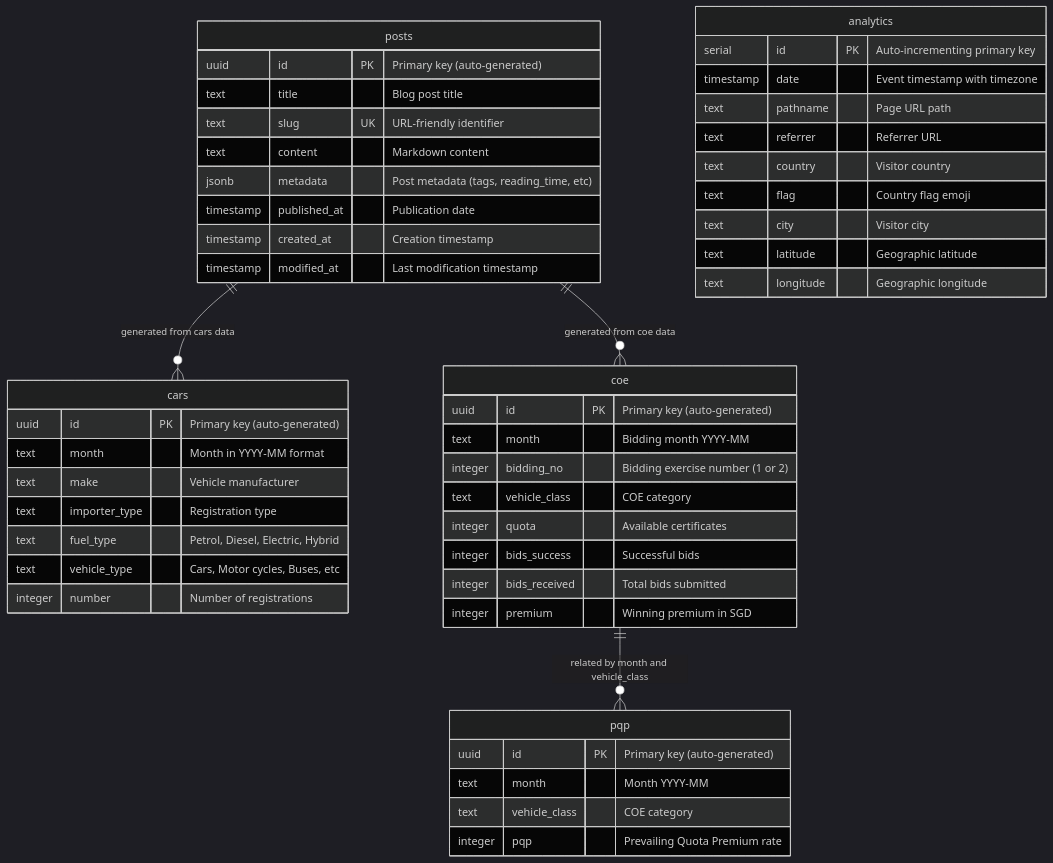
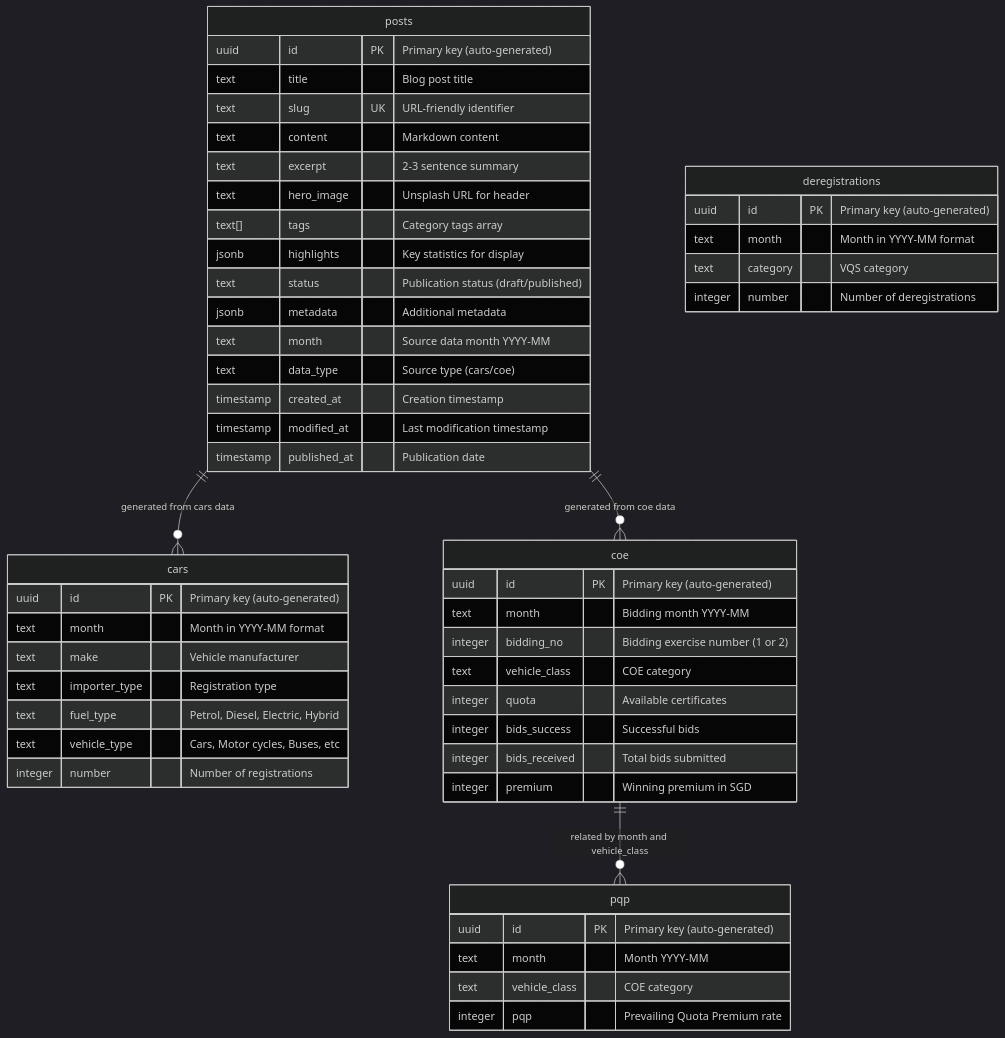
The diagram in docs/architecture/database.md (sgcarstrends/sgcarstrends), drawn with Mermaid (dark theme) before and after one commit. The commit also changed other lines of this file and 7 other files, not shown here.

Commit message:
docs: update architecture diagrams

````diff
--- a/docs/architecture/database.md
+++ b/docs/architecture/database.md
@@ -7,58 +7,60 @@
 ```mermaid
 erDiagram
     cars {
         uuid id PK "Primary key (auto-generated)"
         text month "Month in YYYY-MM format"
         text make "Vehicle manufacturer"
         text importer_type "Registration type"
         text fuel_type "Petrol, Diesel, Electric, Hybrid"
         text vehicle_type "Cars, Motor cycles, Buses, etc"
         integer number "Number of registrations"
     }
 
     coe {
         uuid id PK "Primary key (auto-generated)"
         text month "Bidding month YYYY-MM"
         integer bidding_no "Bidding exercise number (1 or 2)"
         text vehicle_class "COE category"
         integer quota "Available certificates"
         integer bids_success "Successful bids"
         integer bids_received "Total bids submitted"
         integer premium "Winning premium in SGD"
     }
 
     pqp {
         uuid id PK "Primary key (auto-generated)"
         text month "Month YYYY-MM"
         text vehicle_class "COE category"
         integer pqp "Prevailing Quota Premium rate"
     }
 
     posts {
         uuid id PK "Primary key (auto-generated)"
         text title "Blog post title"
         text slug UK "URL-friendly identifier"
         text content "Markdown content"
-        jsonb metadata "Post metadata (tags, reading_time, etc)"
-        timestamp published_at "Publication date"
+        text excerpt "2-3 sentence summary"
+        text hero_image "Unsplash URL for header"
+        text[] tags "Category tags array"
+        jsonb highlights "Key statistics for display"
+        text status "Publication status (draft/published)"
+        jsonb metadata "Additional metadata"
+        text month "Source data month YYYY-MM"
+        text data_type "Source type (cars/coe)"
         timestamp created_at "Creation timestamp"
         timestamp modified_at "Last modification timestamp"
+        timestamp published_at "Publication date"
     }
 
-    analytics {
-        serial id PK "Auto-incrementing primary key"
-        timestamp date "Event timestamp with timezone"
-        text pathname "Page URL path"
-        text referrer "Referrer URL"
-        text country "Visitor country"
-        text flag "Country flag emoji"
-        text city "Visitor city"
-        text latitude "Geographic latitude"
-        text longitude "Geographic longitude"
+    deregistrations {
+        uuid id PK "Primary key (auto-generated)"
+        text month "Month in YYYY-MM format"
+        text category "VQS category"
+        integer number "Number of deregistrations"
     }
 
     %% Relationships (conceptual, not foreign keys)
     posts ||--o{ cars : "generated from cars data"
     posts ||--o{ coe : "generated from coe data"
     coe ||--o{ pqp : "related by month and vehicle_class"
 ```
````
